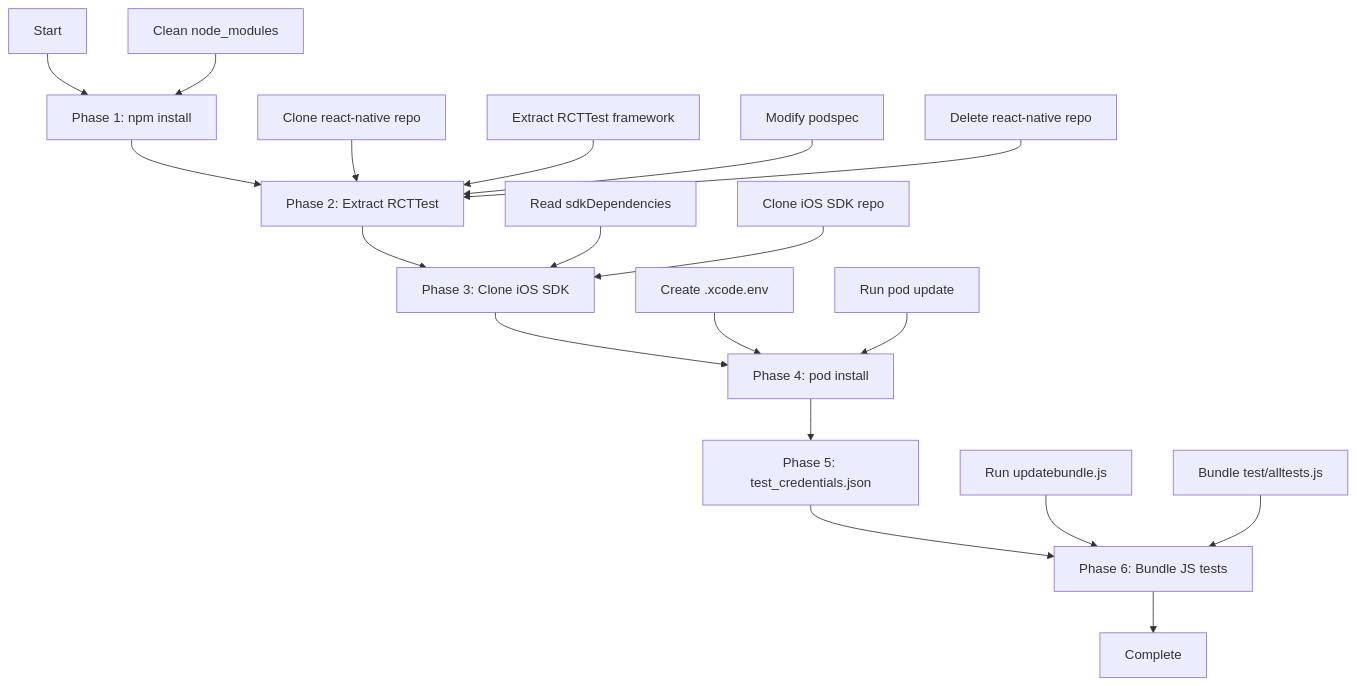
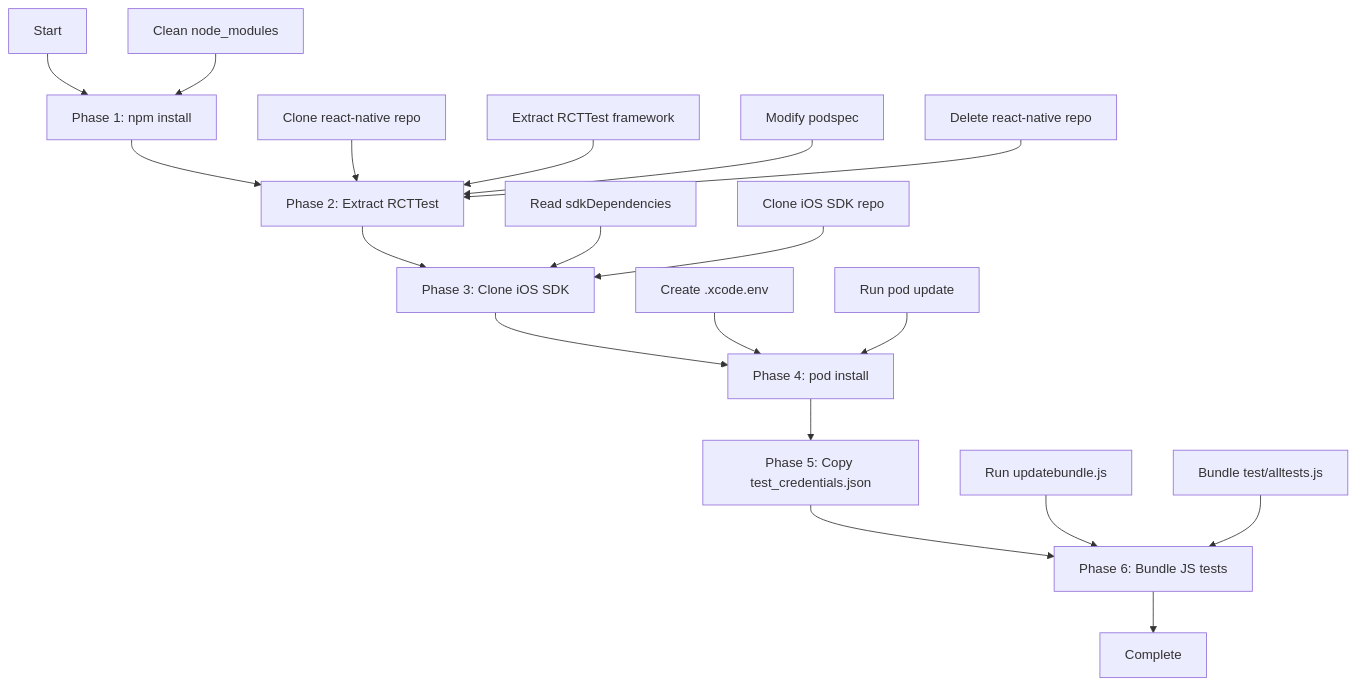
One commit to forcedotcom/SalesforceMobileSDK-ReactNative changed the diagram in docs/ios-tests/PREPAREIOS_DETAILED.md. Above: the diagram before and after it, drawn with Mermaid. The commit also changed other lines of this file and 12 other files, not shown here.

First line of the commit message:
Update documentation for SDK 14.0 architecture

````diff
--- a/docs/ios-tests/PREPAREIOS_DETAILED.md
+++ b/docs/ios-tests/PREPAREIOS_DETAILED.md
@@ -29,25 +29,25 @@
 ```mermaid
 graph TB
     A[Start] --> B[Phase 1: npm install]
     B --> C[Phase 2: Extract RCTTest]
     C --> D[Phase 3: Clone iOS SDK]
     D --> E[Phase 4: pod install]
-    E --> F[Phase 5: test_credentials.json]
+    E --> F[Phase 5: Copy test_credentials.json]
     F --> G[Phase 6: Bundle JS tests]
     G --> H[Complete]
     
     C1[Clean node_modules] --> B
     C2[Clone react-native repo] --> C
     C3[Extract RCTTest framework] --> C
     C4[Modify podspec] --> C
     C5[Delete react-native repo] --> C
     
     D1[Read sdkDependencies] --> D
     D2[Clone iOS SDK repo] --> D
     
     E1[Create .xcode.env] --> E
     E2[Run pod update] --> E
     
     G1[Run updatebundle.js] --> G
     G2[Bundle test/alltests.js] --> G
 ```
````
